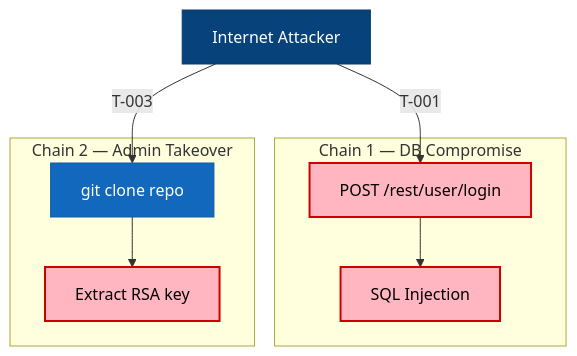
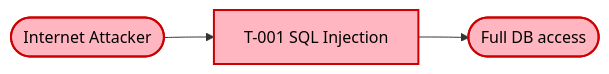
Before and after one commit to appsec-foundry/appsec-analyzer: the first of 3 diagrams in tests/fixtures/compose/.fragments/attack-walkthroughs.md, drawn with Mermaid. The commit also changed other lines of this file and 4 other files, not shown here.

````diff
--- a/tests/fixtures/compose/.fragments/attack-walkthroughs.md
+++ b/tests/fixtures/compose/.fragments/attack-walkthroughs.md
@@ -7,23 +9,6 @@
 ```mermaid
-graph TD
-    ATTACKER["Internet Attacker"]:::person
-
-    subgraph CHAIN1["Chain 1 — DB Compromise"]
-        A1["POST /rest/user/login"]:::risk
-        A2["SQL Injection"]:::risk
-    end
-
-    subgraph CHAIN2["Chain 2 — Admin Takeover"]
-        B1["git clone repo"]:::system
-        B2["Extract RSA key"]:::risk
-    end
-
-    ATTACKER -->|"T-001"| A1
-    A1 --> A2
-    ATTACKER -->|"T-003"| B1
-    B1 --> B2
-
-    classDef person fill:#08427B,stroke:#073B6F,color:#fff
-    classDef system fill:#1168BD,stroke:#0E5CA8,color:#fff
-    classDef risk fill:#FFB6C1,stroke:#c00,color:#000,stroke-width:2px
+graph LR
+    classDef crit fill:#FFB6C1,stroke:#c00,color:#000,stroke-width:2px
+    A0(["Internet Attacker"]):::crit --> A1["T-001 SQL Injection"]:::crit
+    A1 --> A2(["Full DB access"]):::crit
 ```
````
